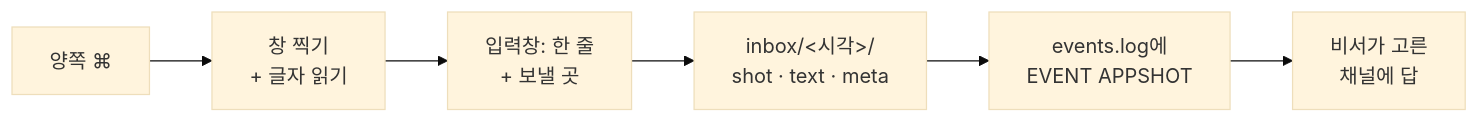
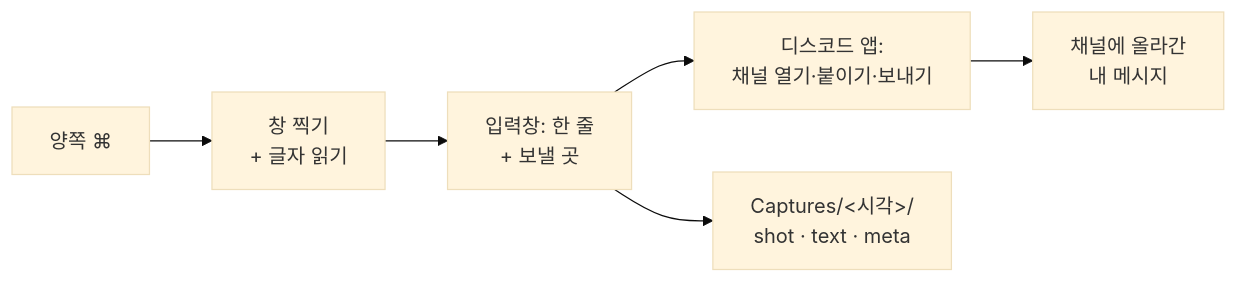
The diagram in README-ko.md (floweredao/appshot), drawn with Mermaid (base theme) before and after one commit. The commit also changed other lines of this file and 16 other files, not shown here.

````diff
--- a/README-ko.md
+++ b/README-ko.md
@@ -135,8 +135,8 @@
 ```mermaid
 flowchart LR
   A["양쪽 ⌘"] --> B["창 찍기<br/>+ 글자 읽기"]
   B --> C["입력창: 한 줄<br/>+ 보낼 곳"]
-  C --> D["inbox/&lt;시각&gt;/<br/>shot · text · meta"]
-  D --> E["events.log에<br/>EVENT APPSHOT"]
-  E --> F["비서가 고른<br/>채널에 답"]
+  C --> D["디스코드 앱:<br/>채널 열기·붙이기·보내기"]
+  D --> E["채널에 올라간<br/>내 메시지"]
+  C --> F["Captures/&lt;시각&gt;/<br/>shot · text · meta"]
 ```
````
